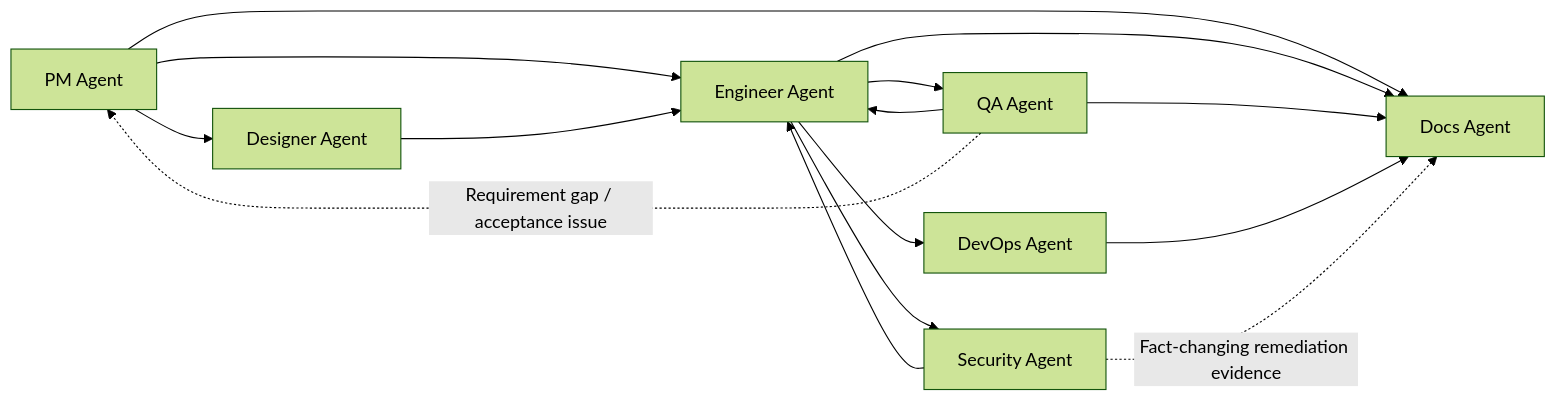
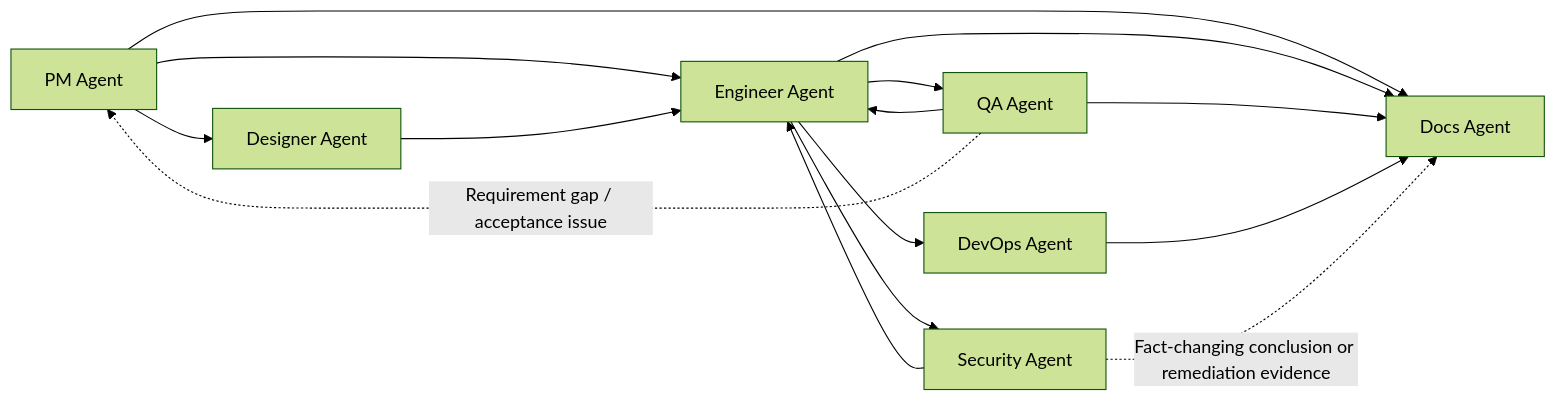
The diagram in README.md (Neplich/dev-agent-skills), drawn with Mermaid (forest theme) before and after one commit. The commit also changed 5 other files, not shown here.

````diff
--- a/README.md
+++ b/README.md
@@ -99,17 +99,17 @@
 ```mermaid
 flowchart LR
     PM["PM Agent"] --> Designer["Designer Agent"]
     PM --> Engineer["Engineer Agent"]
     Designer --> Engineer
     Engineer --> QA["QA Agent"]
     QA --> Engineer
     QA -. "Requirement gap / acceptance issue" .-> PM
     Engineer --> DevOps["DevOps Agent"]
     Engineer --> Security["Security Agent"]
     Security --> Engineer
     PM --> Docs["Docs Agent"]
     Engineer --> Docs
     QA --> Docs
     DevOps --> Docs
-    Security -. "Fact-changing remediation evidence" .-> Docs
+    Security -. "Fact-changing conclusion or remediation evidence" .-> Docs
 ```
````
